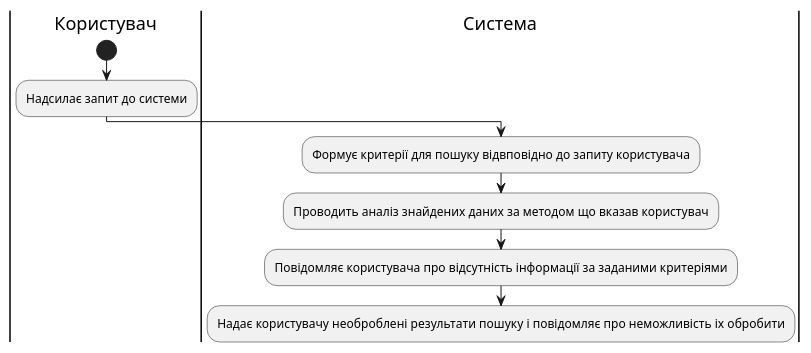
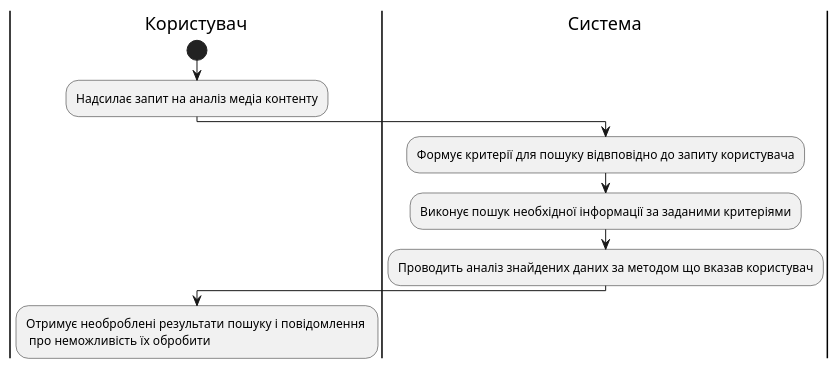
Before and after one commit to ukioxz/media-content-analyzing-system: the tenth of 16 diagrams in docs/use cases/README.md, drawn with PlantUML. The commit also changed other lines of this file and 2 other files, not shown here.

```diff
--- a/docs/use cases/README.md
+++ b/docs/use cases/README.md
@@ -318,19 +280,21 @@
 @startuml
 
 |Користувач|
 
 start
 
-:Надсилає запит до системи;
+:Надсилає запит на аналіз медіа контенту;
 
 |#AntiqueWhite|Система
 
 :Формує критерії для пошуку відвповідно до запиту користувача;
 
+:Виконує пошук необхідної інформації за заданими критеріями;
+
 :Проводить аналіз знайдених даних за методом що вказав користувач;
 
-:Повідомляє користувача про відсутність інформації за заданими критеріями;
+|Користувач|
 
-:Надає користувачу необроблені результати пошуку і повідомляє про неможливість іх обробити;
+:Отримує необроблені результати пошуку і повідомлення \n про неможливість їх обробити;
 
 @enduml
```
